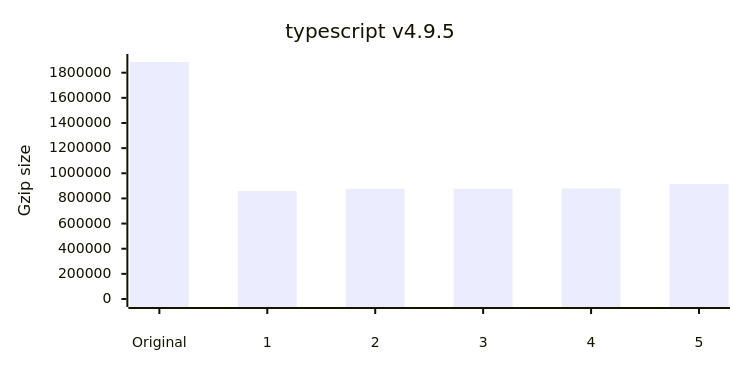
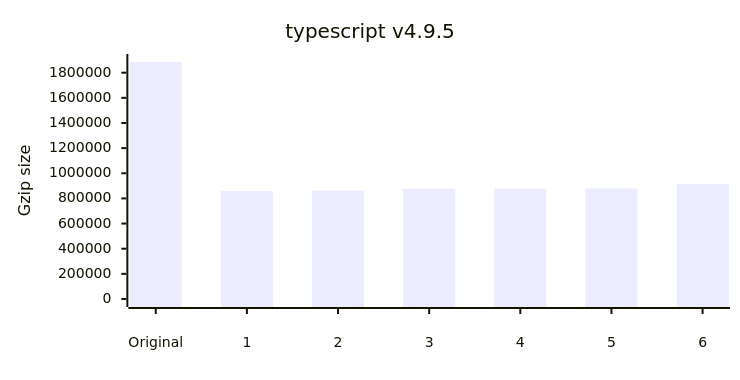
One commit to privatenumber/minification-benchmarks changed diagram 12 of 12 in README.md. Above: the diagram before and after it, drawn with Mermaid. The commit also changed other lines of this file and 1 other file, not shown here.

````diff
--- a/README.md
+++ b/README.md
@@ -498,17 +510,17 @@
 ```mermaid
 ---
 config:
     xyChart:
         width: 720
         height: 360
         xAxis:
             labelPadding: 20
         yAxis:
             labelPadding: 10
 ---
 xychart-beta
 	title "typescript v4.9.5"
-	x-axis ["Original",1,2,3,4,5]
+	x-axis ["Original",1,2,3,4,5,6]
 	y-axis "Gzip size" 0 --> 1884998
-	bar [1884998,859456,876535,876658,879301,915551]
+	bar [1884998,859456,861839,876535,876658,879301,915551]
 ```
````
